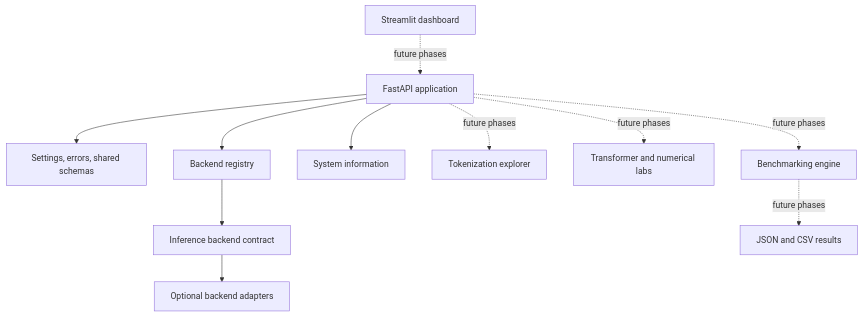
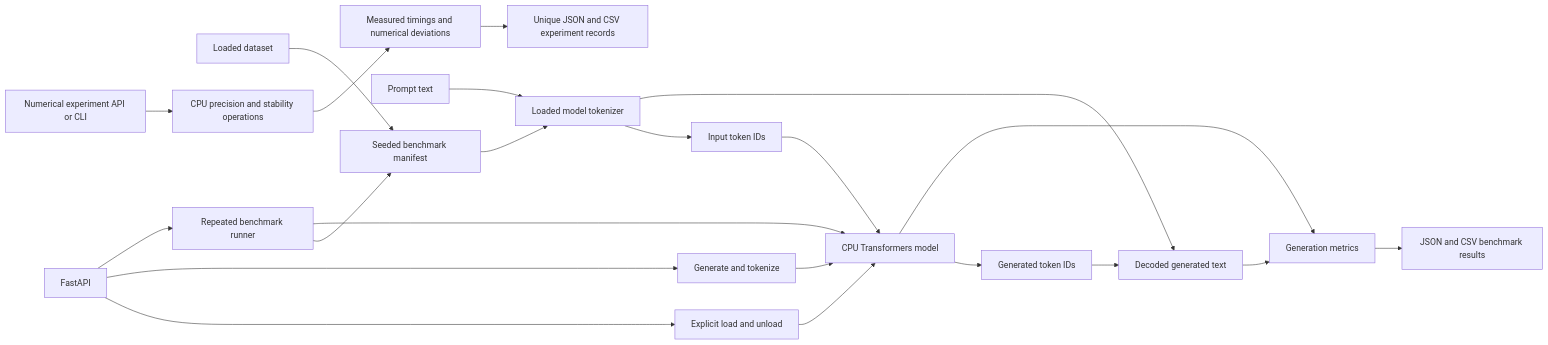
Before and after one commit to 30nikamvaishnavi/LLM-Inference-Performance-Lab: the diagram in docs/architecture.md, drawn with Mermaid. The commit also changed other lines of this file and 34 other files, not shown here.

Commit message:
feat: add LLM inference benchmarking and numerical experiments

````diff
--- a/docs/architecture.md
+++ b/docs/architecture.md
@@ -7,13 +8,24 @@
 ```mermaid
-flowchart TD
-    API[FastAPI application] --> Core[Settings, errors, shared schemas]
-    API --> Registry[Backend registry]
-    Registry --> Contract[Inference backend contract]
-    Contract --> Adapters[Optional backend adapters]
-    API --> System[System information]
-    API -. future phases .-> Tokenization[Tokenization explorer]
-    API -. future phases .-> Lab[Transformer and numerical labs]
-    API -. future phases .-> Bench[Benchmarking engine]
-    Dashboard[Streamlit dashboard] -. future phases .-> API
-    Bench -. future phases .-> Results[JSON and CSV results]
+flowchart LR
+    Dataset[Loaded dataset] --> Manifest[Seeded benchmark manifest]
+    Manifest --> Tokenizer[Loaded model tokenizer]
+    Prompt[Prompt text] --> Tokenizer
+    Tokenizer --> Input[Input token IDs]
+    Input --> Model[CPU Transformers model]
+    Model --> Output[Generated token IDs]
+    Output --> Decode[Decoded generated text]
+    Tokenizer --> Decode
+    Model --> Metrics[Generation metrics]
+    Decode --> Metrics
+    Metrics --> Results[JSON and CSV benchmark results]
+    Experiments[Numerical experiment API or CLI] --> Precision[CPU precision and stability operations]
+    Precision --> ExperimentMetrics[Measured timings and numerical deviations]
+    ExperimentMetrics --> ExperimentResults[Unique JSON and CSV experiment records]
+    API[FastAPI] --> Lifecycle[Explicit load and unload]
+    API --> Generate[Generate and tokenize]
+    API --> Benchmark[Repeated benchmark runner]
+    Lifecycle --> Model
+    Generate --> Model
+    Benchmark --> Manifest
+    Benchmark --> Model
 ```
````
